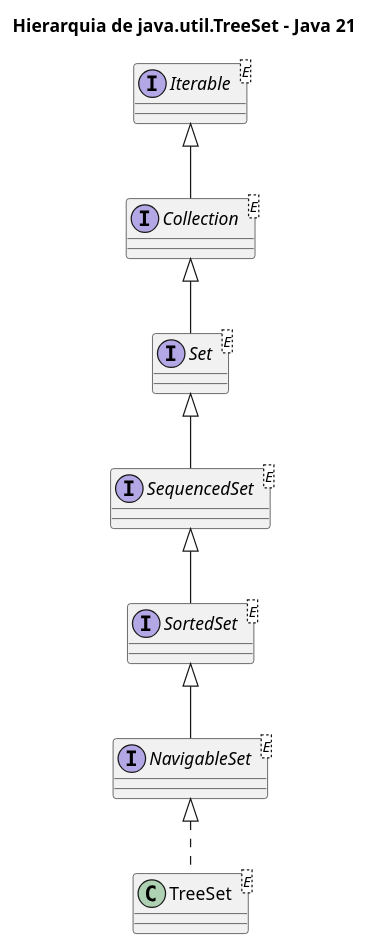
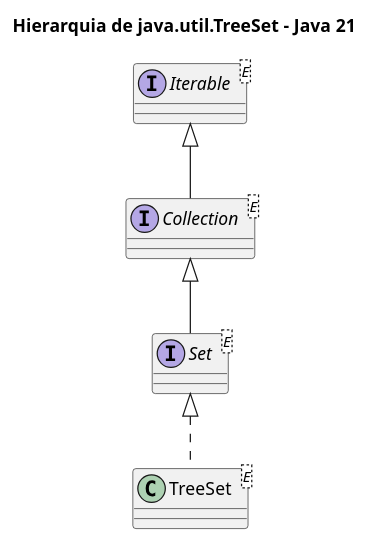
The diagram in subjects/poo/code/11-treeset-main.puml (fabriciosantana/idp-marp-slides), drawn with PlantUML before and after one commit. The commit also changed 1 other file, not shown here.

```diff
--- a/subjects/poo/code/11-treeset-main.puml
+++ b/subjects/poo/code/11-treeset-main.puml
@@ -1,20 +1,14 @@
 @startuml
 title Hierarquia de java.util.TreeSet - Java 21
 
 interface Iterable<E>
 interface Collection<E>
 interface Set<E>
-interface SequencedSet<E>
-interface SortedSet<E>
-interface NavigableSet<E>
 
 class TreeSet<E>
 
 Iterable <|-- Collection
 Collection <|-- Set
-Set <|-- SequencedSet
-SequencedSet <|-- SortedSet
-SortedSet <|-- NavigableSet
-NavigableSet <|.. TreeSet
+Set <|.. TreeSet
 
 @enduml
```
